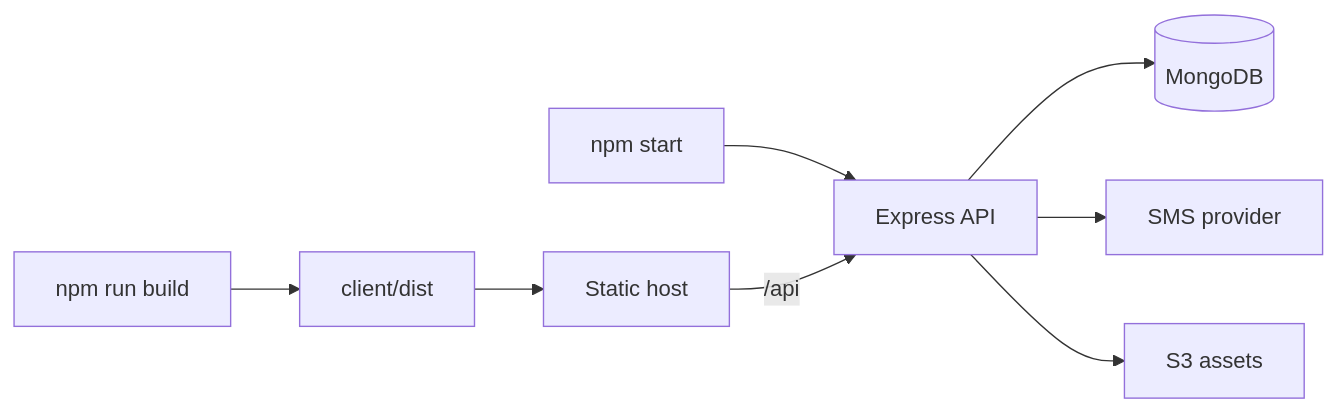
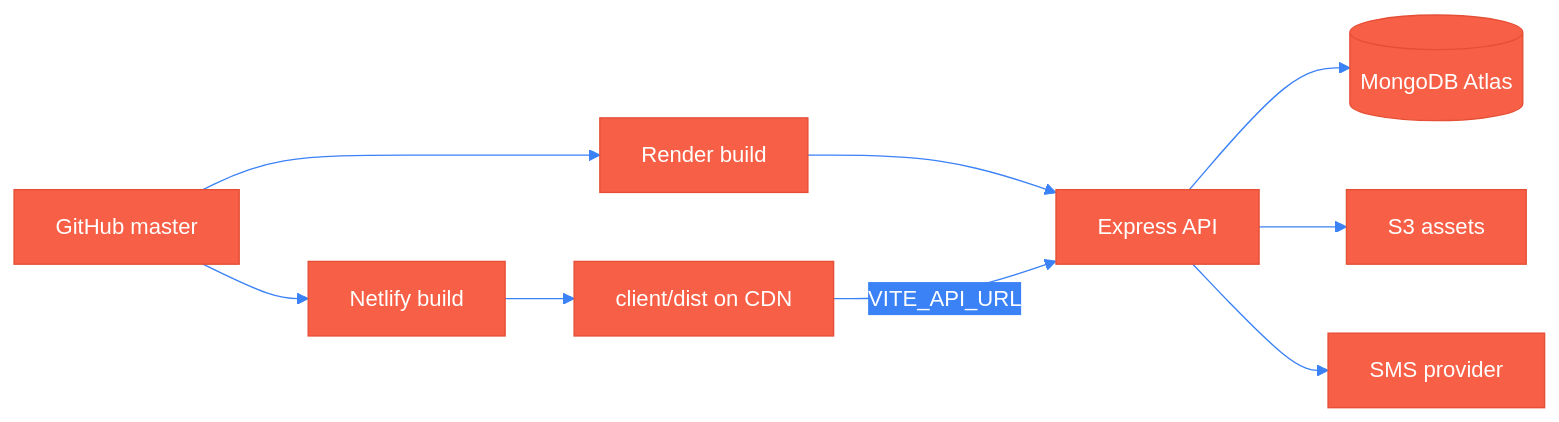
One commit to Ericokim/SurveyFlow changed the fourth of 4 diagrams in README.md. Above: the diagram before and after it, drawn with Mermaid. The commit also changed other lines of this file and 1 other file, not shown here.

First line of the commit message:
docs: restructure README around the deployed Netlify + Render setup

````diff
--- a/README.md
+++ b/README.md
@@ -331,10 +410,12 @@
 ```mermaid
+%%{init: {'theme':'base','themeVariables':{'primaryColor':'#F76046','primaryTextColor':'#ffffff','primaryBorderColor':'#E54F36','lineColor':'#3B82F6','secondaryColor':'#3B82F6','tertiaryColor':'#D9E7F1','fontFamily':'ui-sans-serif, system-ui, sans-serif'}}}%%
 flowchart LR
-    Build[npm run build] --> Static[client/dist]
-    Static --> CDN[Static host]
-    API[npm start] --> Express[Express API]
-    Express --> Mongo[(MongoDB)]
-    Express --> SMS[SMS provider]
-    Express --> S3[S3 assets]
-    CDN -->|/api| Express
+    Repo[GitHub master] --> NB[Netlify build]
+    Repo --> RB[Render build]
+    NB --> CDN[client/dist on CDN]
+    RB --> API[Express API]
+    CDN -->|VITE_API_URL| API
+    API --> Mongo[(MongoDB Atlas)]
+    API --> S3[S3 assets]
+    API --> SMS[SMS provider]
 ```
````
